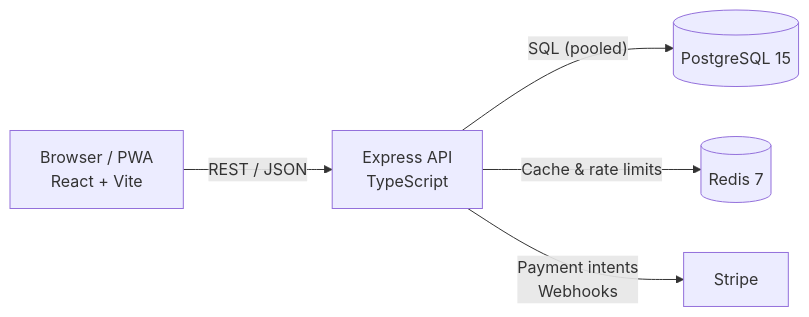
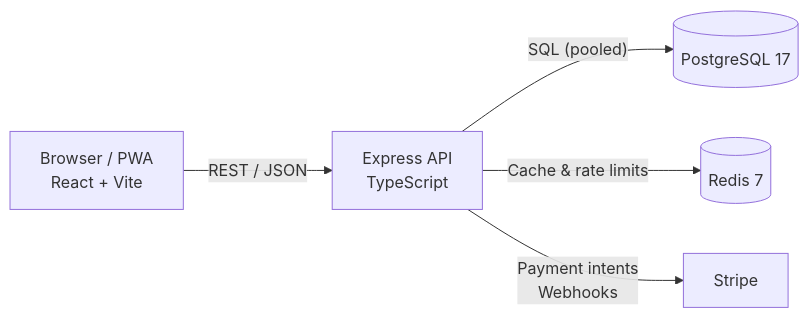
Before and after one commit to xb3sox/yalla: the diagram in README.md, drawn with Mermaid. The commit also changed other lines of this file and 81 other files, not shown here.

````diff
--- a/README.md
+++ b/README.md
@@ -141,7 +141,7 @@
 ```mermaid
 graph LR
     Client["Browser / PWA<br/>React + Vite"] -->|"REST / JSON"| API["Express API<br/>TypeScript"]
-    API -->|"SQL (pooled)"| DB[("PostgreSQL 15")]
+    API -->|"SQL (pooled)"| DB[("PostgreSQL 17")]
     API -->|"Cache & rate limits"| Redis[("Redis 7")]
     API -->|"Payment intents<br/>Webhooks"| Stripe["Stripe"]
 ```
````
